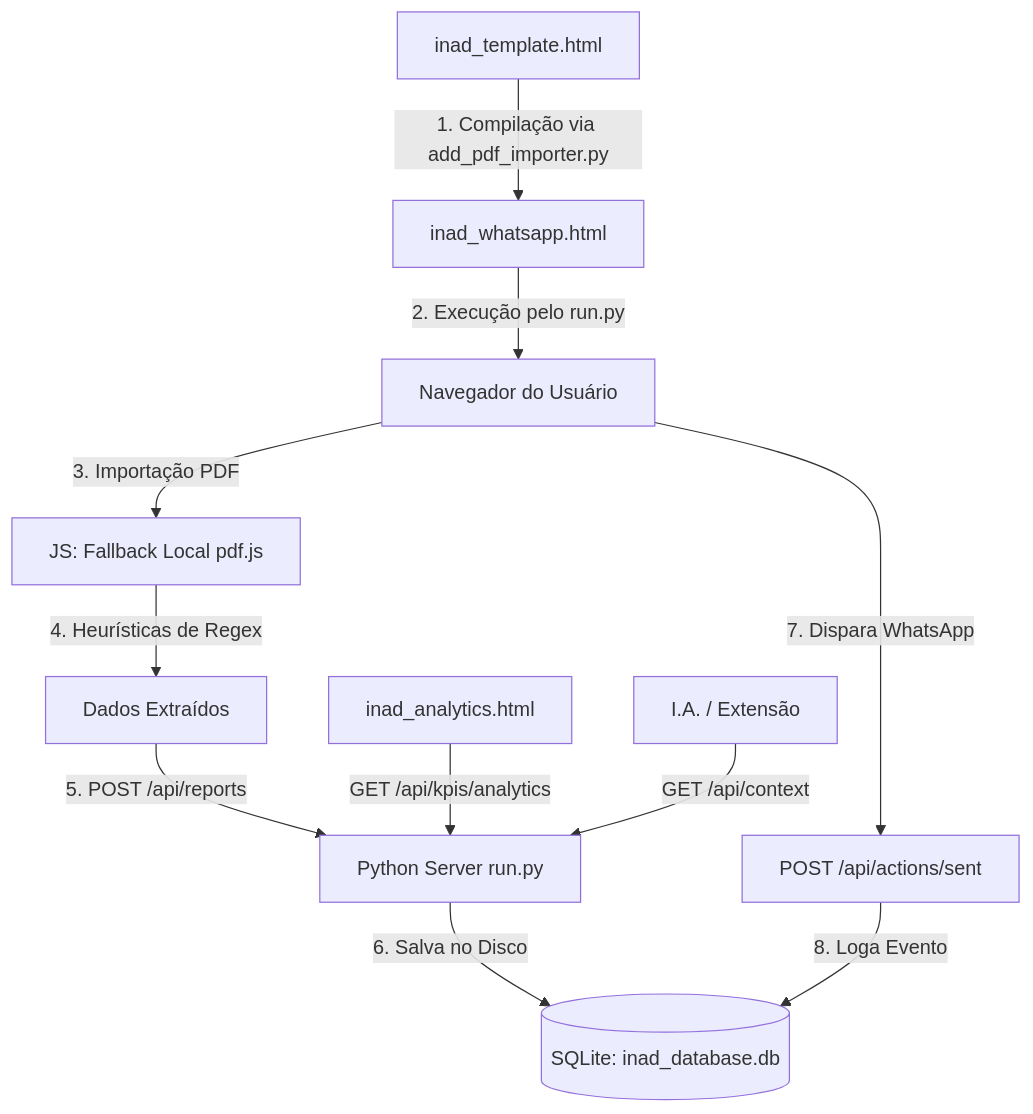
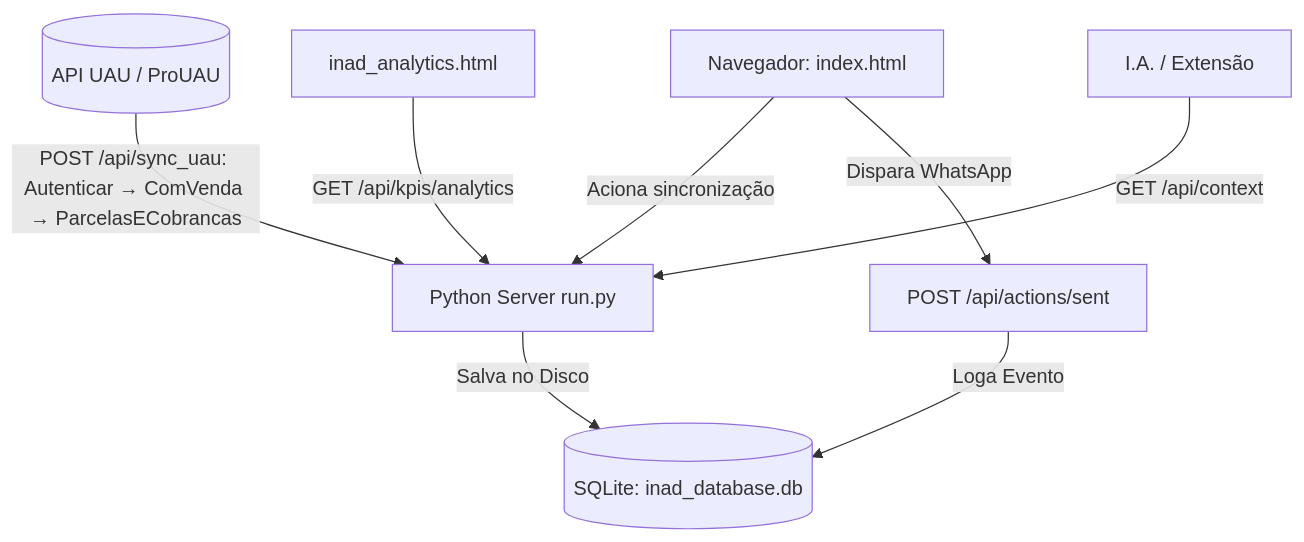
Before and after one commit to Dimasaas/INAD-Cobranca: the diagram in AI_CONTEXT.md, drawn with Mermaid. The commit also changed other lines of this file and 7 other files, not shown here.

````diff
--- a/AI_CONTEXT.md
+++ b/AI_CONTEXT.md
@@ -19,13 +19,10 @@
 ```mermaid
 graph TD
-    A[inad_template.html] -->|1. Compilação via add_pdf_importer.py| B[inad_whatsapp.html]
-    B -->|2. Execução pelo run.py| C[Navegador do Usuário]
-    C -->|3. Importação PDF| D[JS: Fallback Local pdf.js]
-    D -->|4. Heurísticas de Regex| E[Dados Extraídos]
-    E -->|5. POST /api/reports| F[Python Server run.py]
-    F -->|6. Salva no Disco| G[(SQLite: inad_database.db)]
-    C -->|7. Dispara WhatsApp| H[POST /api/actions/sent]
-    H -->|8. Loga Evento| G
+    U[(API UAU / ProUAU)] -->|POST /api/sync_uau: Autenticar → ComVenda → ParcelasECobrancas| F[Python Server run.py]
+    C[Navegador: index.html] -->|Aciona sincronização| F
+    F -->|Salva no Disco| G[(SQLite: inad_database.db)]
+    C -->|Dispara WhatsApp| H[POST /api/actions/sent]
+    H -->|Loga Evento| G
     N[inad_analytics.html] -->|GET /api/kpis/analytics| F
     I[I.A. / Extensão] -->|GET /api/context| F
 ```
````
